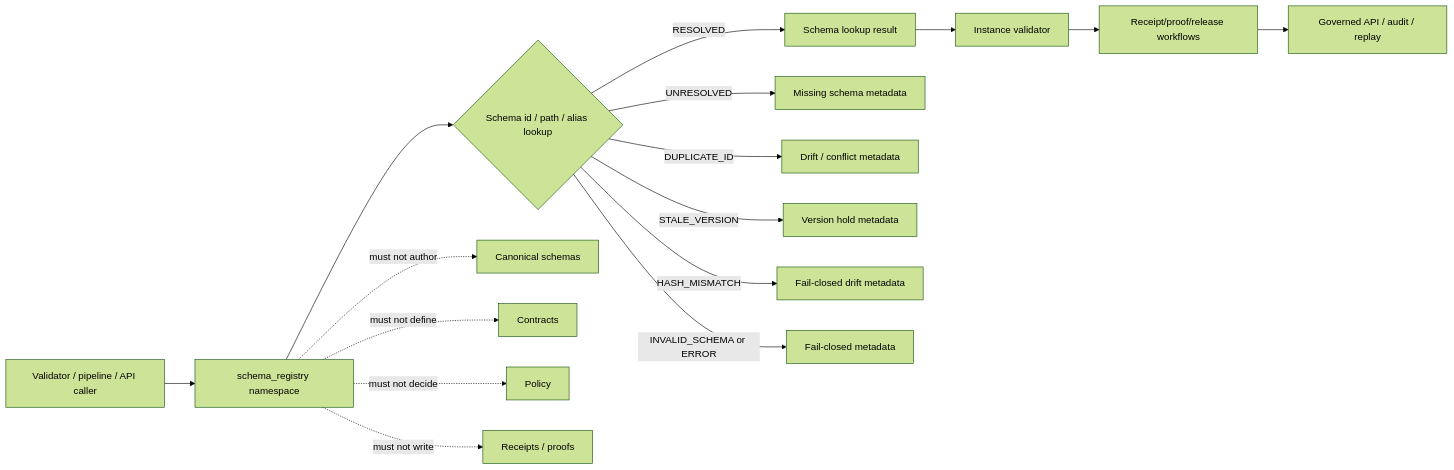
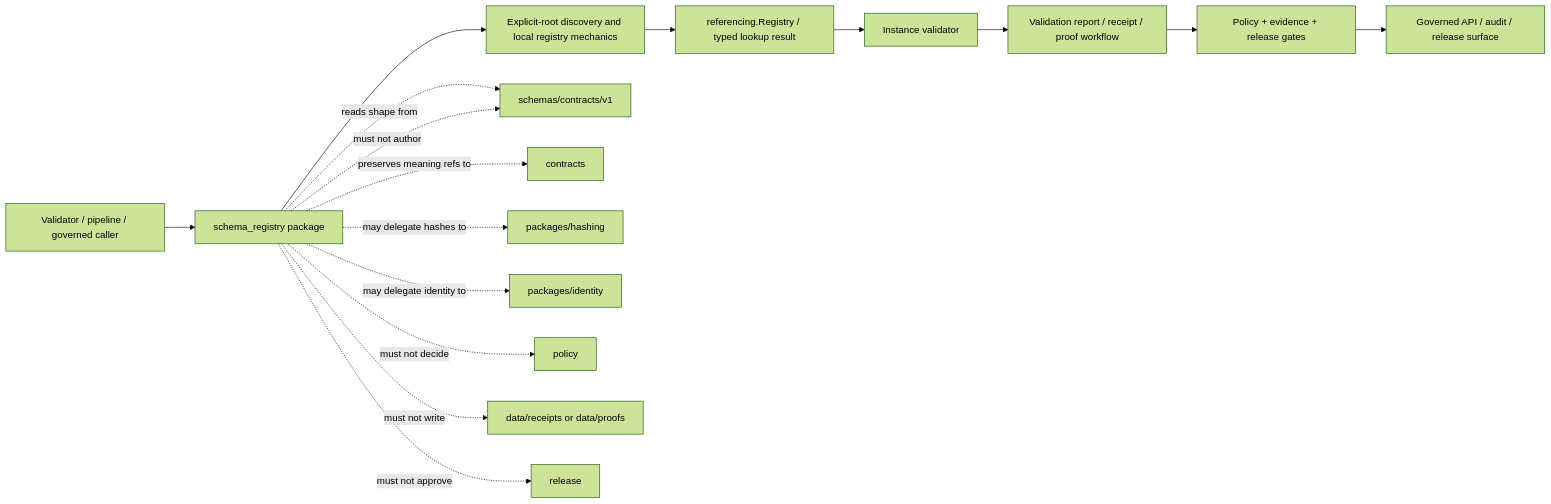
Before and after one commit to bartytime4life/Kansas-Frontier-Matrix: the diagram in packages/schema-registry/src/schema_registry/README.md, drawn with Mermaid (forest theme). The commit also changed other lines of this file, not shown here.

Commit message:
docs(schema-registry): ground namespace boundary

````diff
--- a/packages/schema-registry/src/schema_registry/README.md
+++ b/packages/schema-registry/src/schema_registry/README.md
@@ -147,19 +1024,20 @@
 ```mermaid
 flowchart LR
-    A[Validator / pipeline / API caller] --> B[schema_registry namespace]
-    B --> C{Schema id / path / alias lookup}
-    C -->|RESOLVED| D[Schema lookup result]
-    C -->|UNRESOLVED| E[Missing schema metadata]
-    C -->|DUPLICATE_ID| F[Drift / conflict metadata]
-    C -->|STALE_VERSION| G[Version hold metadata]
-    C -->|HASH_MISMATCH| H[Fail-closed drift metadata]
-    C -->|INVALID_SCHEMA or ERROR| I[Fail-closed metadata]
-    D --> J[Instance validator]
-    J --> K[Receipt/proof/release workflows]
-    K --> L[Governed API / audit / replay]
+    A[Validator / pipeline / governed caller] --> B[schema_registry package]
+    B --> C[Explicit-root discovery and local registry mechanics]
+    C --> D[referencing.Registry / typed lookup result]
+    D --> E[Instance validator]
+    E --> F[Validation report / receipt / proof workflow]
+    F --> G[Policy + evidence + release gates]
+    G --> H[Governed API / audit / release surface]
 
-    B -. must not author .-> M[Canonical schemas]
-    B -. must not define .-> N[Contracts]
-    B -. must not decide .-> O[Policy]
-    B -. must not write .-> P[Receipts / proofs]
+    B -. reads shape from .-> S[schemas/contracts/v1]
+    B -. preserves meaning refs to .-> K[contracts]
+    B -. may delegate hashes to .-> P[packages/hashing]
+    B -. may delegate identity to .-> I[packages/identity]
+
+    B -. must not author .-> S
+    B -. must not decide .-> Q[policy]
+    B -. must not write .-> R[data/receipts or data/proofs]
+    B -. must not approve .-> L[release]
 ```
````
